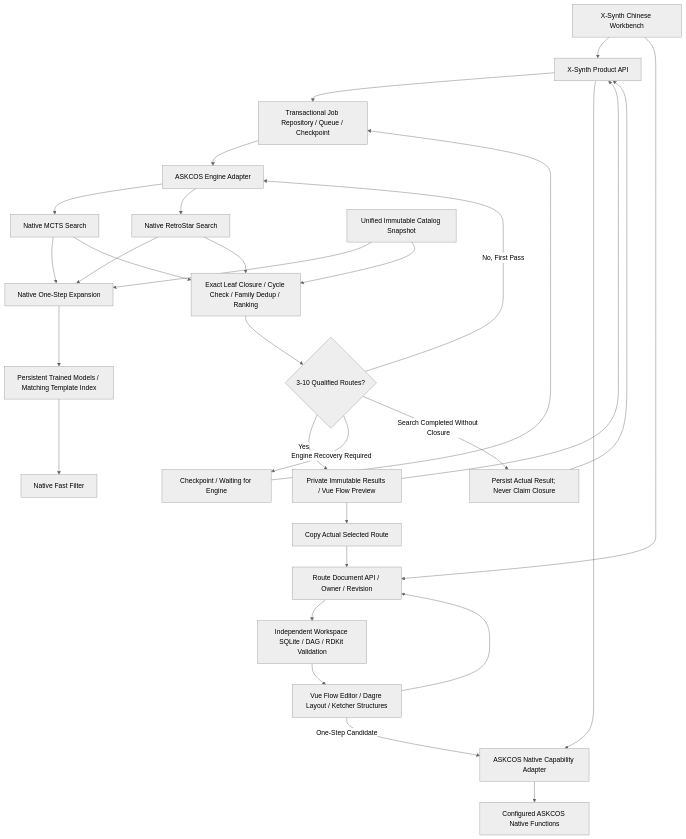
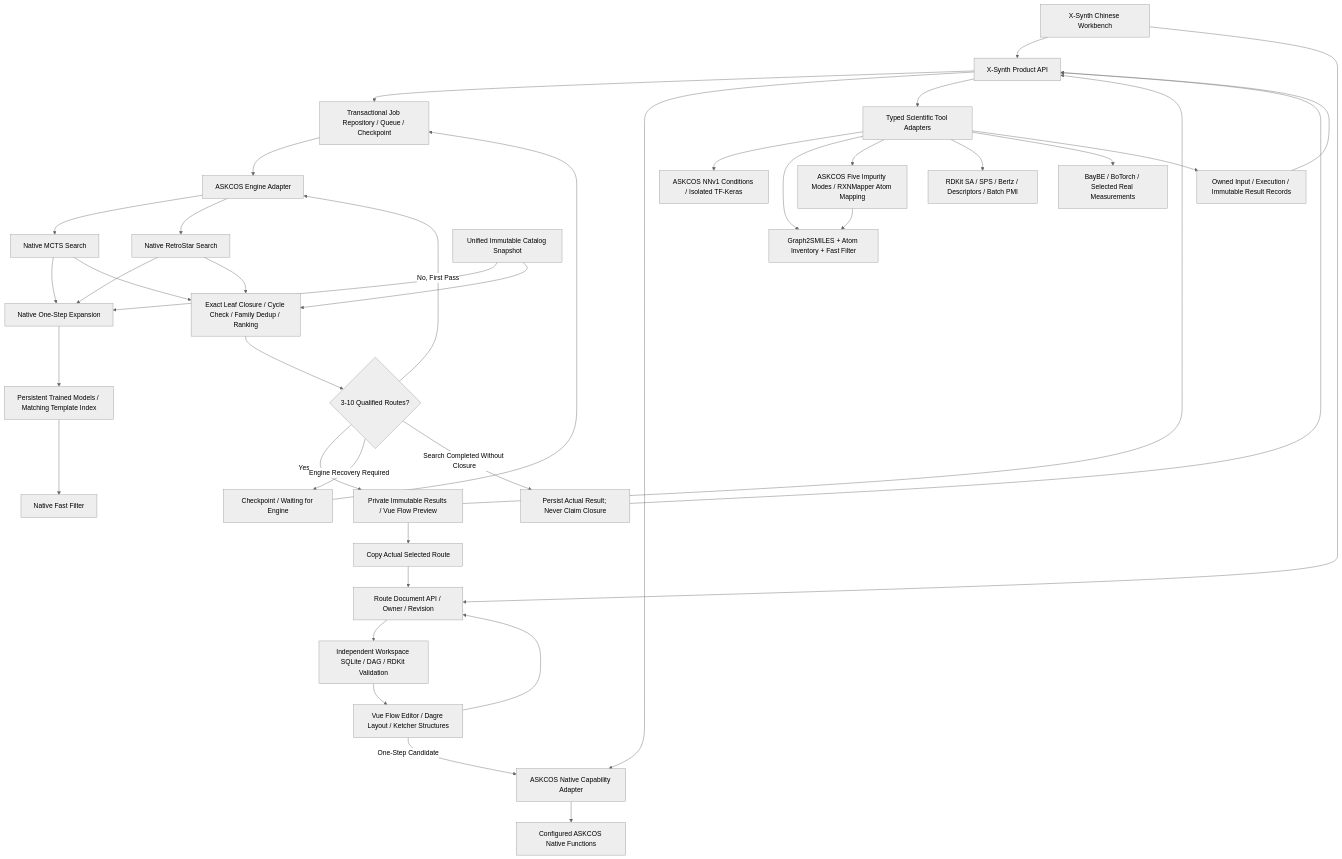
Before and after one commit to Victor-Xu-1/X-Synth: the diagram in docs/current-architecture.md, drawn with Mermaid (neutral theme). The commit also changed other lines of this file and 146 other files, not shown here.

````diff
--- a/docs/current-architecture.md
+++ b/docs/current-architecture.md
@@ -11,33 +11,42 @@
 ```mermaid
 flowchart TD
   UI["X-Synth Chinese Workbench"] --> API["X-Synth Product API"]
   API --> JOB["Transactional Job Repository / Queue / Checkpoint"]
   API --> NATIVE["ASKCOS Native Capability Adapter"]
+  API --> TOOLS["Typed Scientific Tool Adapters"]
+  TOOLS --> NN["ASKCOS NNv1 Conditions / Isolated TF-Keras"]
+  TOOLS --> FORWARD["Graph2SMILES + Atom Inventory + Fast Filter"]
+  TOOLS --> IMPURITY["ASKCOS Five Impurity Modes / RXNMapper Atom Mapping"]
+  IMPURITY --> FORWARD
+  TOOLS --> DESCRIPTOR["RDKit SA / SPS / Bertz / Descriptors / Batch PMI"]
+  TOOLS --> OPTIMIZE["BayBE / BoTorch / Selected Real Measurements"]
+  TOOLS --> ANALYSES["Owned Input / Execution / Immutable Result Records"]
+  ANALYSES --> API
   JOB --> ENGINE["ASKCOS Engine Adapter"]
   ENGINE --> MCTS["Native MCTS Search"]
   ENGINE --> RS["Native RetroStar Search"]
   MCTS --> EXPAND["Native One-Step Expansion"]
   RS --> EXPAND
   EXPAND --> MODELS["Persistent Trained Models / Matching Template Index"]
   MODELS --> FF["Native Fast Filter"]
   STOCK["Unified Immutable Catalog Snapshot"] --> EXPAND
   STOCK --> REVIEW["Exact Leaf Closure / Cycle Check / Family Dedup / Ranking"]
   MCTS --> REVIEW
   RS --> REVIEW
   REVIEW --> GATE{"3-10 Qualified Routes?"}
   GATE -- "Yes" --> RESULT["Private Immutable Results / Vue Flow Preview"]
   GATE -- "No, First Pass" --> ENGINE
   GATE -- "Engine Recovery Required" --> WAIT["Checkpoint / Waiting for Engine"]
   WAIT --> JOB
   GATE -- "Search Completed Without Closure" --> INCOMPLETE["Persist Actual Result; Never Claim Closure"]
   RESULT --> API
   INCOMPLETE --> API
   NATIVE --> CAP["Configured ASKCOS Native Functions"]
   UI --> DOCAPI["Route Document API / Owner / Revision"]
   RESULT --> COPY["Copy Actual Selected Route"]
   COPY --> DOCAPI
   DOCAPI --> DOC["Independent Workspace SQLite / DAG / RDKit Validation"]
   DOC --> EDIT["Vue Flow Editor / Dagre Layout / Ketcher Structures"]
   EDIT --> DOCAPI
   EDIT -- "One-Step Candidate" --> NATIVE
 ```
````
